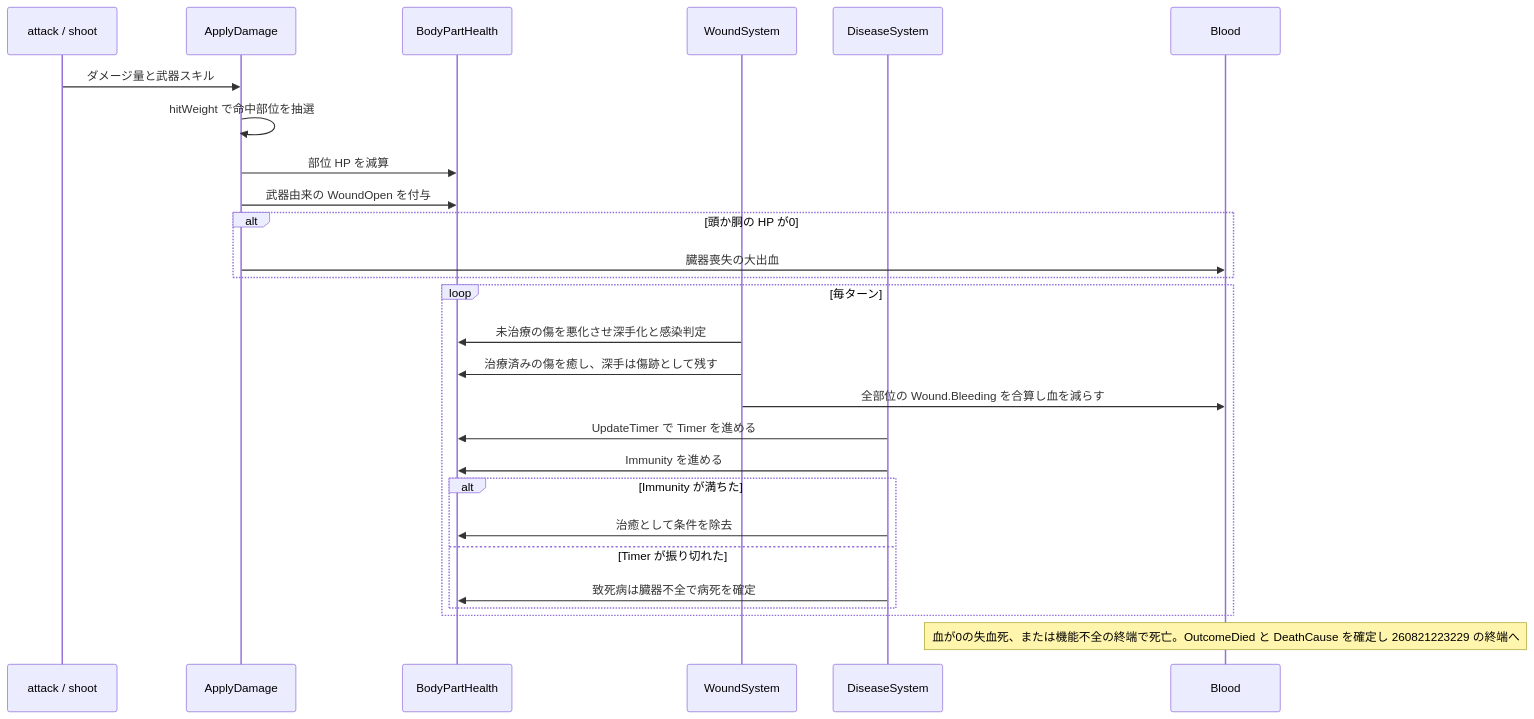
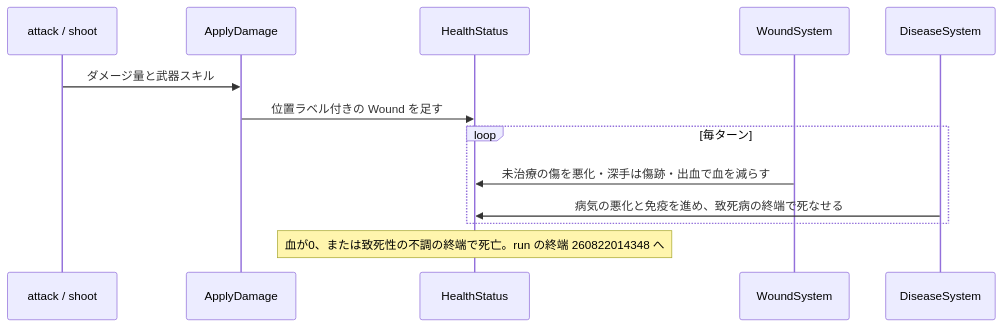
One commit to kijimad/ruins changed the second of 2 diagrams in docs/design/260821232324.md. Above: the diagram before and after it, drawn with Mermaid. The commit also changed other lines of this file and 1 other file, not shown here.

````diff
--- a/docs/design/260821232324.md
+++ b/docs/design/260821232324.md
@@ -129,30 +97,16 @@
 ```mermaid
 sequenceDiagram
     participant AT as attack / shoot
     participant AD as ApplyDamage
-    participant BP as BodyPartHealth
+    participant HS as HealthStatus
     participant WS as WoundSystem
     participant DS as DiseaseSystem
-    participant BL as Blood
 
     AT->>AD: ダメージ量と武器スキル
-    AD->>AD: hitWeight で命中部位を抽選
-    AD->>BP: 部位 HP を減算
-    AD->>BP: 武器由来の WoundOpen を付与
-    alt 頭か胴の HP が0
-        AD->>BL: 臓器喪失の大出血
+    AD->>HS: 位置ラベル付きの Wound を足す
+    loop 毎ターン
+        WS->>HS: 未治療の傷を悪化・深手は傷跡・出血で血を減らす
+        DS->>HS: 病気の悪化と免疫を進め、致死病の終端で死なせる
     end
-    loop 毎ターン
-        WS->>BP: 未治療の傷を悪化させ深手化と感染判定
-        WS->>BP: 治療済みの傷を癒し、深手は傷跡として残す
-        WS->>BL: 全部位の Wound.Bleeding を合算し血を減らす
-        DS->>BP: UpdateTimer で Timer を進める
-        DS->>BP: Immunity を進める
-        alt Immunity が満ちた
-            DS->>BP: 治癒として条件を除去
-        else Timer が振り切れた
-            DS->>BP: 致死病は臓器不全で病死を確定
-        end
-    end
-    Note over BL: 血が0の失血死、または機能不全の終端で死亡。OutcomeDied と DeathCause を確定し 260821223229 の終端へ
+    Note over HS: 血が0、または致死性の不調の終端で死亡。run の終端 260822014348 へ
 ```
````
